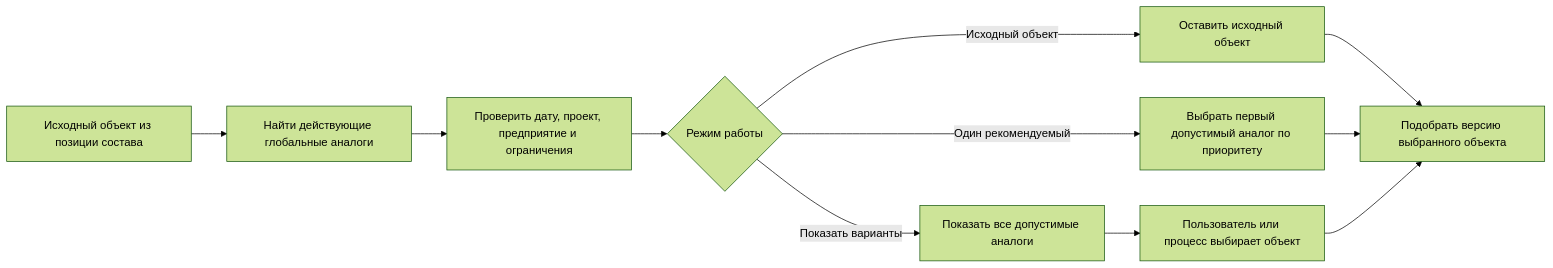
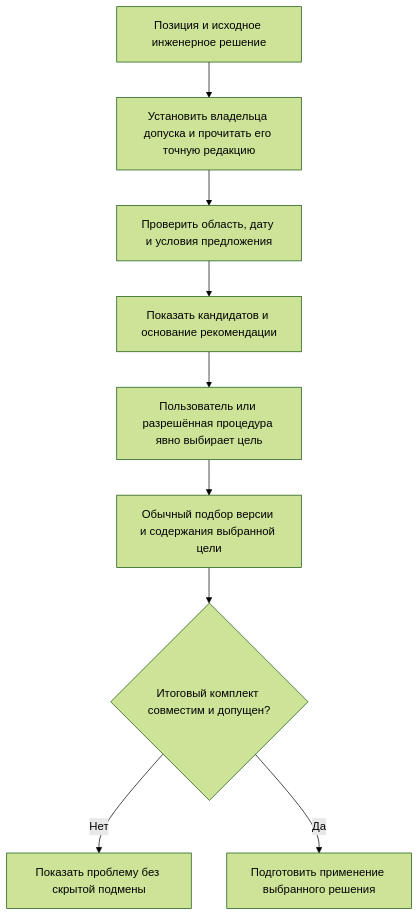
One commit to ZelAnton/Interlink-product-book changed the diagram in wiki/Selection-global-analog.md. Above: the diagram before and after it, drawn with Mermaid (forest theme). The commit also changed other lines of this file and 231 other files, not shown here.

````diff
--- a/wiki/Selection-global-analog.md
+++ b/wiki/Selection-global-analog.md
@@ -32,13 +36,11 @@
 ```mermaid
-flowchart LR
-    A["Исходный объект из позиции состава"] --> B["Найти действующие глобальные аналоги"]
-    B --> C["Проверить дату, проект, предприятие и ограничения"]
-    C --> D{"Режим работы"}
-    D -->|Исходный объект| E["Оставить исходный объект"]
-    D -->|Один рекомендуемый| F["Выбрать первый допустимый аналог по приоритету"]
-    D -->|Показать варианты| G["Показать все допустимые аналоги"]
-    E --> H["Подобрать версию выбранного объекта"]
-    F --> H
-    G --> I["Пользователь или процесс выбирает объект"]
-    I --> H
+flowchart TD
+    A["Позиция и исходное инженерное решение"] --> B["Установить владельца допуска и прочитать его точную редакцию"]
+    B --> C["Проверить область, дату и условия предложения"]
+    C --> D["Показать кандидатов и основание рекомендации"]
+    D --> E["Пользователь или разрешённая процедура явно выбирает цель"]
+    E --> F["Обычный подбор версии и содержания выбранной цели"]
+    F --> G{"Итоговый комплект совместим и допущен?"}
+    G -->|Нет| H["Показать проблему без скрытой подмены"]
+    G -->|Да| I["Подготовить применение выбранного решения"]
 ```
````
